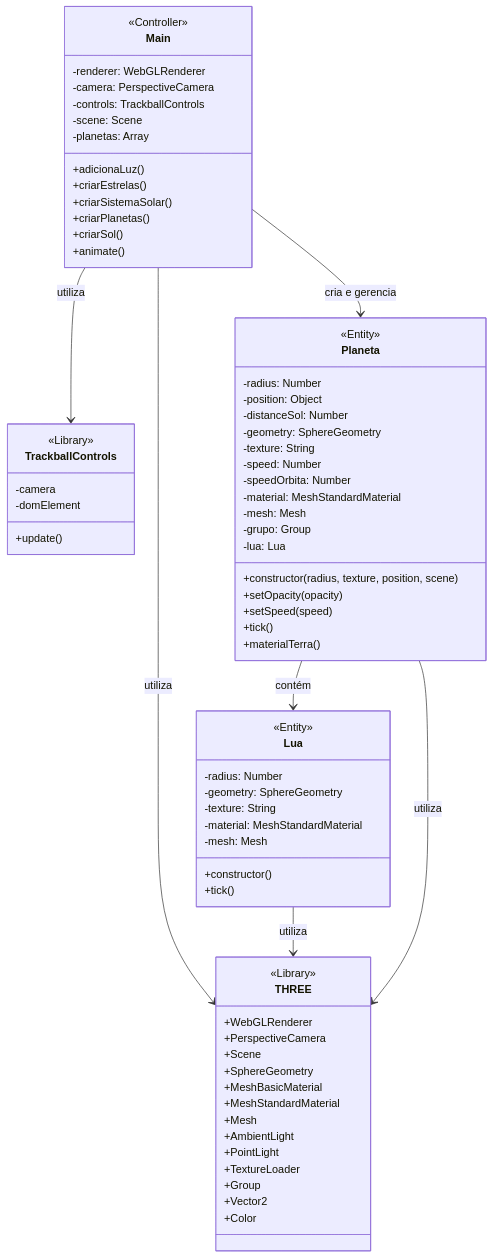
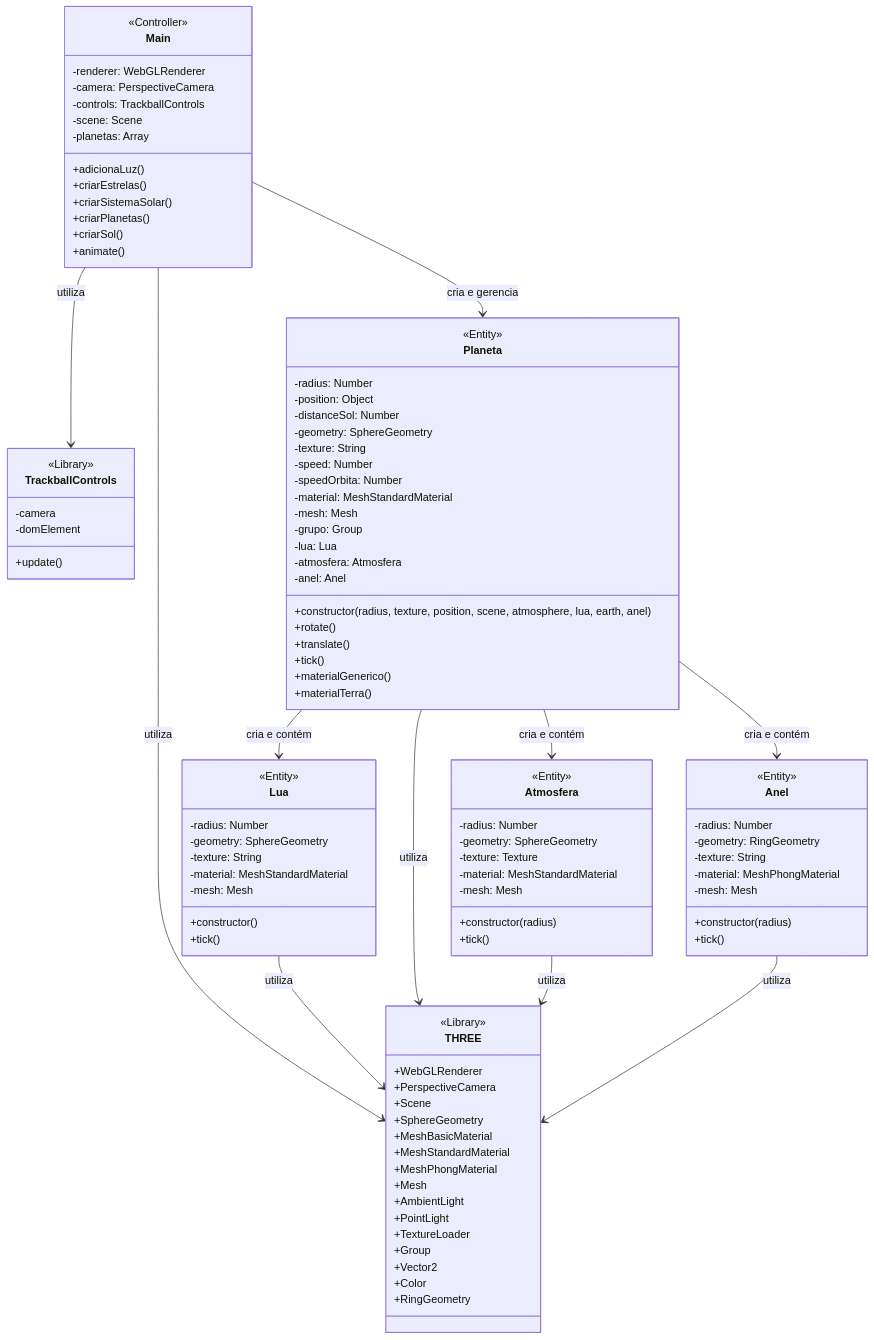
Before and after one commit to StephanyeCunto/ComputacaoGrafica: the diagram in README.md, drawn with Mermaid.

````diff
--- a/README.md
+++ b/README.md
@@ -98,82 +98,103 @@
 ```mermaid
 classDiagram
-    class THREE {
-        <<Library>>
-
-        +WebGLRenderer
-        +PerspectiveCamera
-        +Scene
-        +SphereGeometry
-        +MeshBasicMaterial
-        +MeshStandardMaterial
-        +Mesh
-        +AmbientLight
-        +PointLight
-        +TextureLoader
-        +Group
-        +Vector2
-        +Color
-    }
-
-    class TrackballControls {
-        <<Library>>
-
-        -camera
-        -domElement
-        +update()
-    }
-
-    class Planeta {
-        <<Entity>>
-        -radius: Number
-        -position: Object
-        -distanceSol: Number
-        -geometry: SphereGeometry
-        -texture: String
-        -speed: Number
-        -speedOrbita: Number
-        -material: MeshStandardMaterial
-        -mesh: Mesh
-        -grupo: Group
-        -lua: Lua
-        +constructor(radius, texture, position, scene)
-        +setOpacity(opacity)
-        +setSpeed(speed)
-        +tick()
-        +materialTerra()
-    }
-
-    class Lua {
-        <<Entity>>
-        -radius: Number
-        -geometry: SphereGeometry
-        -texture: String
-        -material: MeshStandardMaterial
-        -mesh: Mesh
-        +constructor()
-        +tick()
-    }
-
-    class Main {
-        <<Controller>>
-
-        -renderer: WebGLRenderer
-        -camera: PerspectiveCamera
-        -controls: TrackballControls
-        -scene: Scene
-        -planetas: Array
-        +adicionaLuz()
-        +criarEstrelas()
-        +criarSistemaSolar()
-        +criarPlanetas()
-        +criarSol()
-        +animate()
-    }
-
-    Planeta --> Lua : contém
-    Main --> Planeta : cria e gerencia
-    Main --> THREE : utiliza
-    Main --> TrackballControls : utiliza
-    Lua --> THREE : utiliza
-    Planeta --> THREE : utiliza
+ class THREE {
+ <<Library>>
+ +WebGLRenderer
+ +PerspectiveCamera
+ +Scene
+ +SphereGeometry
+ +MeshBasicMaterial
+ +MeshStandardMaterial
+ +MeshPhongMaterial
+ +Mesh
+ +AmbientLight
+ +PointLight
+ +TextureLoader
+ +Group
+ +Vector2
+ +Color
+ +RingGeometry
+ }
+ class TrackballControls {
+ <<Library>>
+ -camera
+ -domElement
+ +update()
+ }
+ class Planeta {
+ <<Entity>>
+ -radius: Number
+ -position: Object
+ -distanceSol: Number
+ -geometry: SphereGeometry
+ -texture: String
+ -speed: Number
+ -speedOrbita: Number
+ -material: MeshStandardMaterial
+ -mesh: Mesh
+ -grupo: Group
+ -lua: Lua
+ -atmosfera: Atmosfera
+ -anel: Anel
+ +constructor(radius, texture, position, scene, atmosphere, lua, earth, anel)
+ +rotate()
+ +translate()
+ +tick()
+ +materialGenerico()
+ +materialTerra()
+ }
+ class Lua {
+ <<Entity>>
+ -radius: Number
+ -geometry: SphereGeometry
+ -texture: String
+ -material: MeshStandardMaterial
+ -mesh: Mesh
+ +constructor()
+ +tick()
+ }
+ class Atmosfera {
+ <<Entity>>
+ -radius: Number
+ -geometry: SphereGeometry
+ -texture: Texture
+ -material: MeshStandardMaterial
+ -mesh: Mesh
+ +constructor(radius)
+ +tick()
+ }
+ class Anel {
+ <<Entity>>
+ -radius: Number
+ -geometry: RingGeometry
+ -texture: String
+ -material: MeshPhongMaterial
+ -mesh: Mesh
+ +constructor(radius)
+ +tick()
+ }
+ class Main {
+ <<Controller>>
+ -renderer: WebGLRenderer
+ -camera: PerspectiveCamera
+ -controls: TrackballControls
+ -scene: Scene
+ -planetas: Array
+ +adicionaLuz()
+ +criarEstrelas()
+ +criarSistemaSolar()
+ +criarPlanetas()
+ +criarSol()
+ +animate()
+ }
+ Planeta --> Lua : cria e contém
+ Planeta --> Atmosfera : cria e contém
+ Planeta --> Anel : cria e contém
+ Main --> Planeta : cria e gerencia
+ Main --> THREE : utiliza
+ Main --> TrackballControls : utiliza
+ Lua --> THREE : utiliza
+ Planeta --> THREE : utiliza
+ Atmosfera --> THREE : utiliza
+ Anel --> THREE : utiliza
 ```
````
